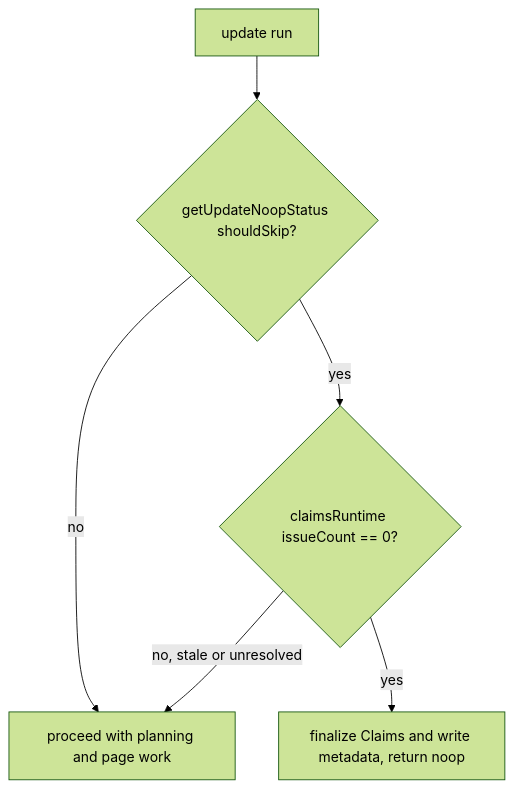
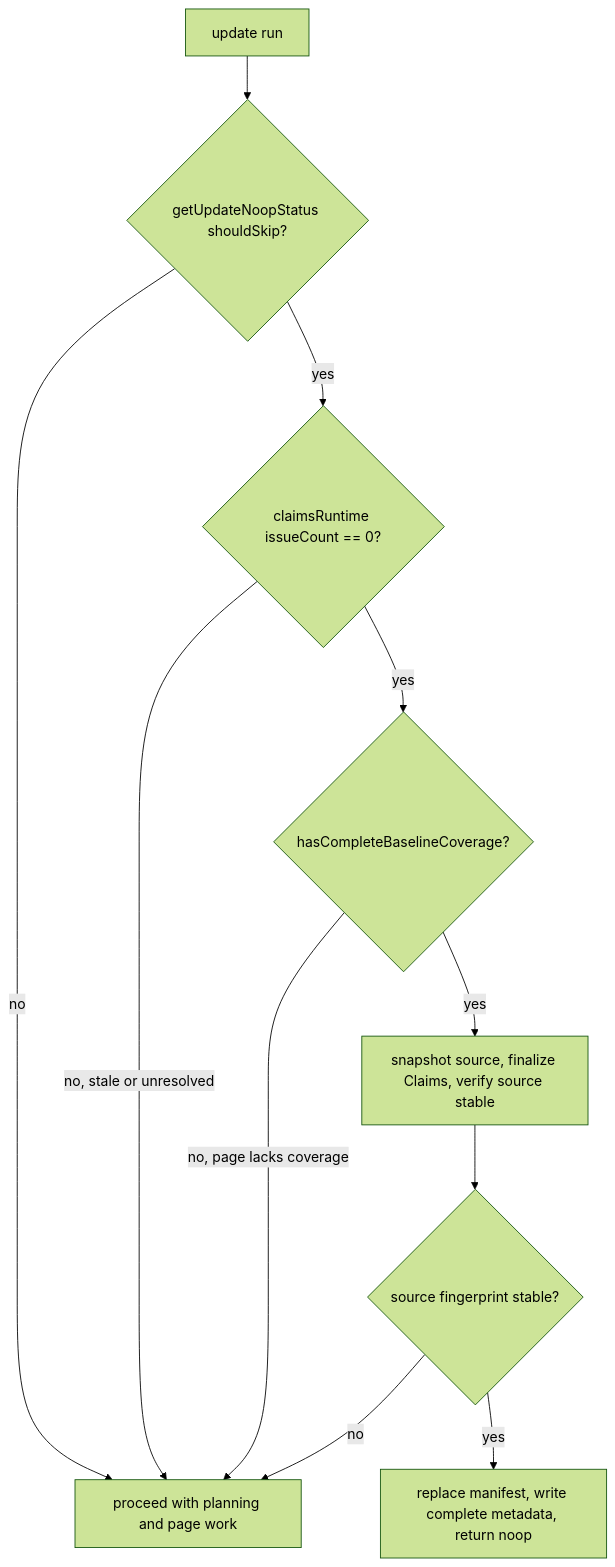
One commit to langchain-ai/openwiki changed the second of 4 diagrams in openwiki/workflows/claims-reconciliation.md. Above: the diagram before and after it, drawn with Mermaid (forest theme). The commit also changed other lines of this file and 25 other files, not shown here.

````diff
--- a/openwiki/workflows/claims-reconciliation.md
+++ b/openwiki/workflows/claims-reconciliation.md
@@ -129,8 +138,13 @@
 ```mermaid
 flowchart TD
   A["update run"] --> B{"getUpdateNoopStatus shouldSkip?"}
   B -->|"no"| P["proceed with planning and page work"]
   B -->|"yes"| C{"claimsRuntime issueCount == 0?"}
   C -->|"no, stale or unresolved"| P
-  C -->|"yes"| D["finalize Claims and write metadata, return noop"]
+  C -->|"yes"| Q{"hasCompleteBaselineCoverage?"}
+  Q -->|"no, page lacks coverage"| P
+  Q -->|"yes"| R["snapshot source, finalize Claims, verify source stable"]
+  R --> S{"source fingerprint stable?"}
+  S -->|"no"| P
+  S -->|"yes"| T["replace manifest, write complete metadata, return noop"]
 ```
````
